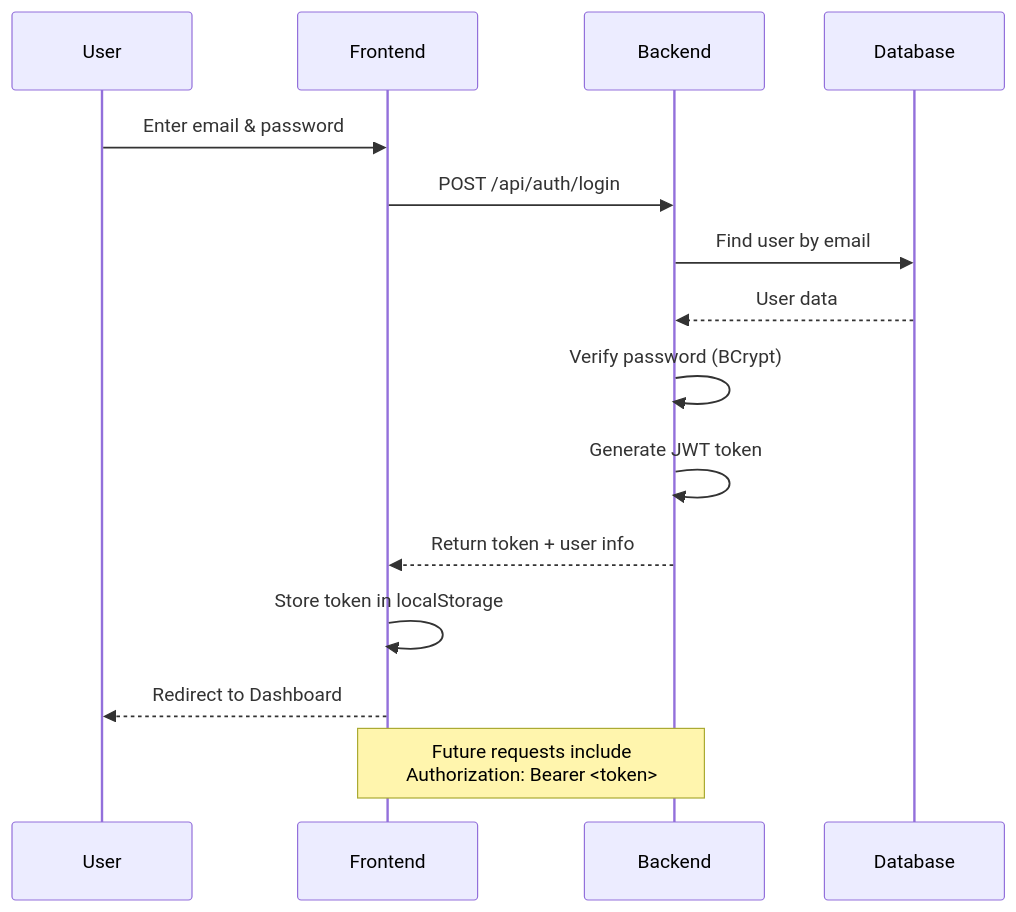
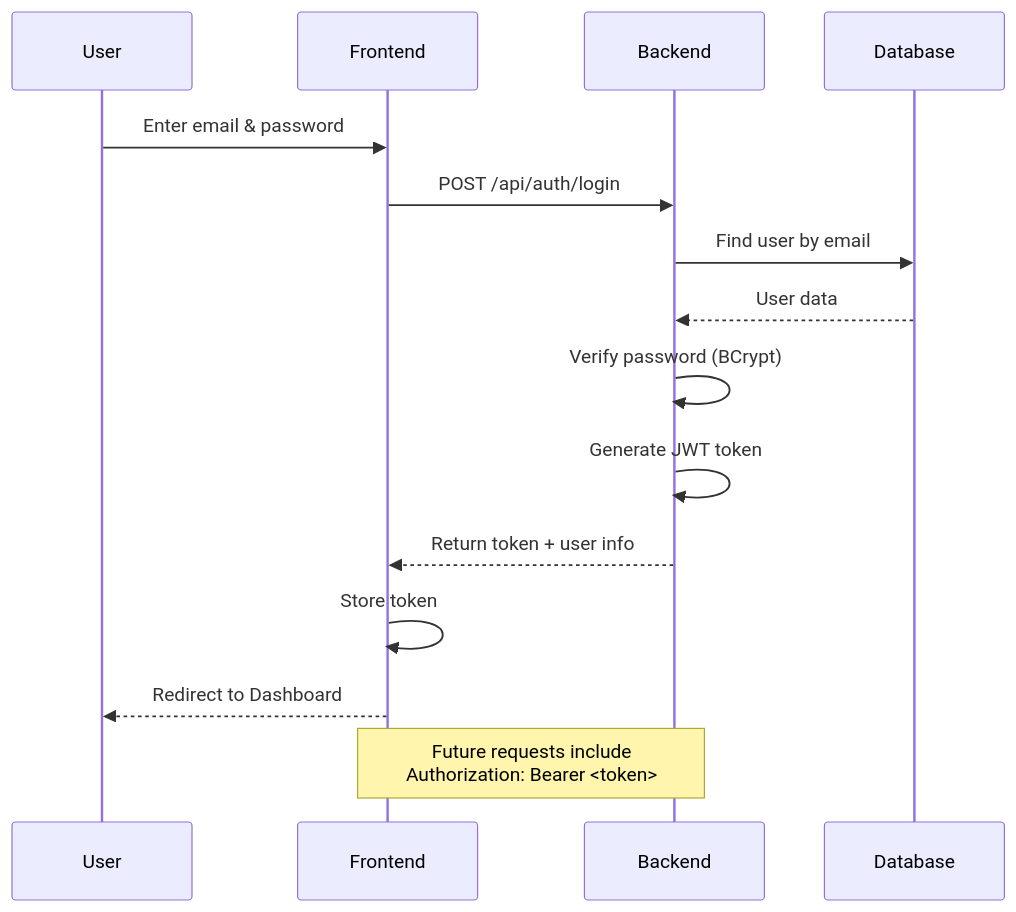
One commit to pankajkevat21/personal-expense-management-system changed the second of 3 diagrams in README.md. Above: the diagram before and after it, drawn with Mermaid. The commit also changed other lines of this file, not shown here.

````diff
--- a/README.md
+++ b/README.md
@@ -150,19 +254,19 @@
 ```mermaid
 sequenceDiagram
     participant U as User
     participant F as Frontend
     participant B as Backend
     participant D as Database
 
     U->>F: Enter email & password
     F->>B: POST /api/auth/login
     B->>D: Find user by email
     D-->>B: User data
     B->>B: Verify password (BCrypt)
     B->>B: Generate JWT token
     B-->>F: Return token + user info
-    F->>F: Store token in localStorage
+    F->>F: Store token
     F-->>U: Redirect to Dashboard
-    
+
     Note over F,B: Future requests include<br/>Authorization: Bearer <token>
 ```
````
